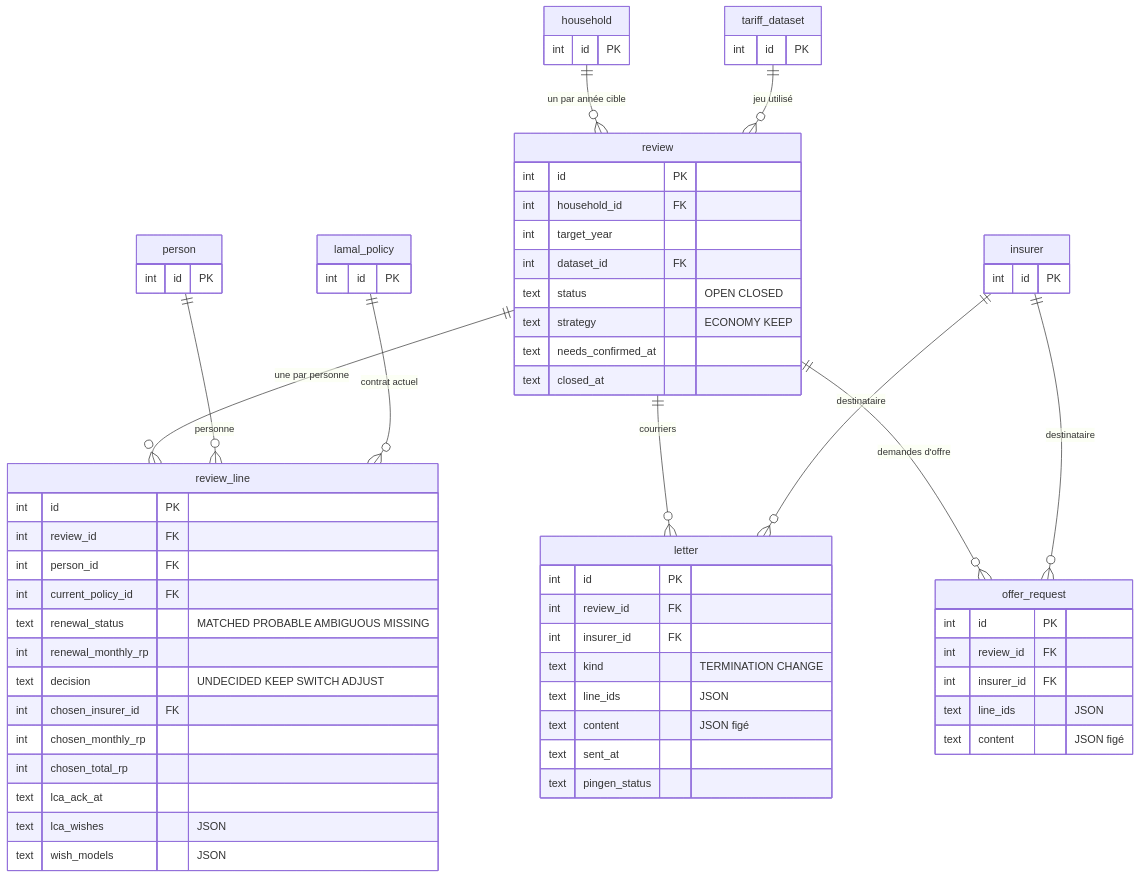
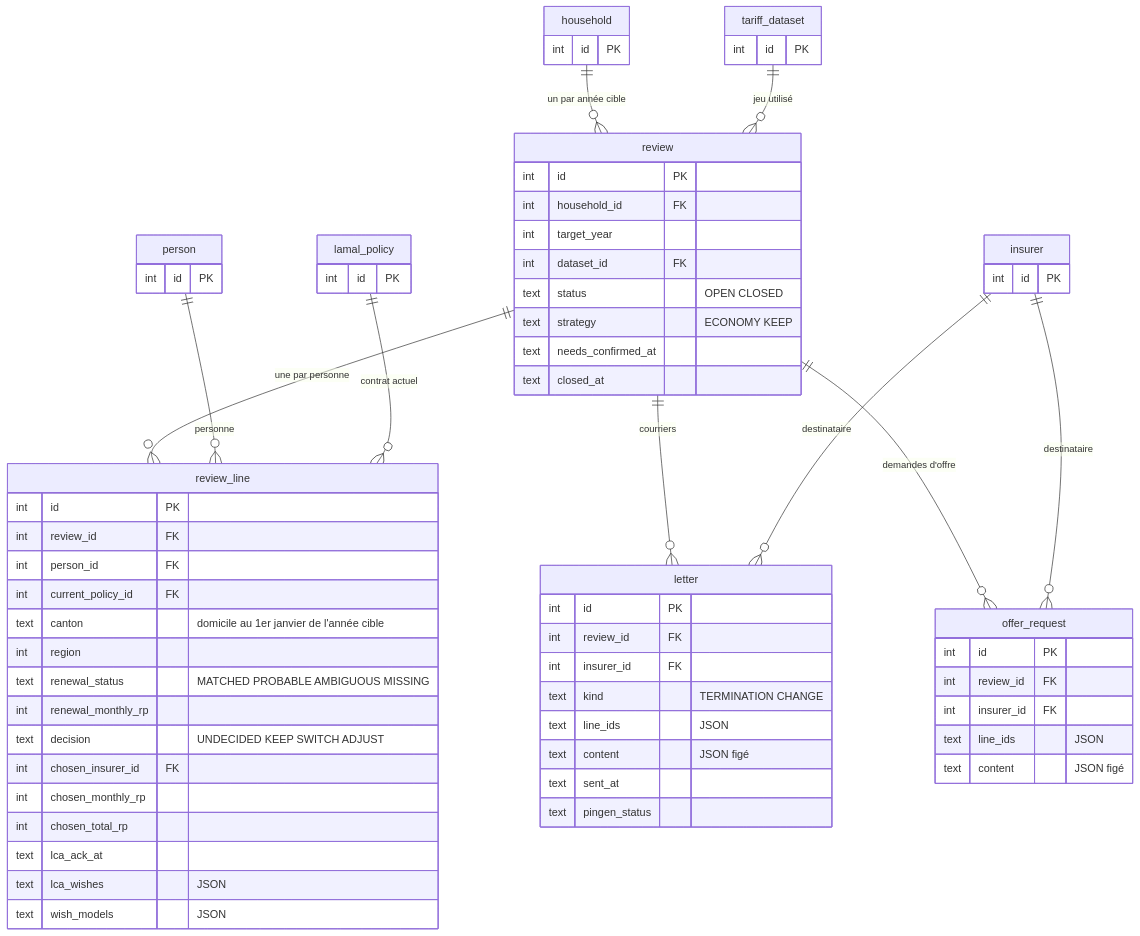
Before and after one commit to nayton-corp/lamal-tracker: the fourth of 4 diagrams in docs/modele-de-donnees.md, drawn with Mermaid. The commit also changed other lines of this file and 36 other files, not shown here.

First line of the commit message:
Domicile par contrat : chaque année garde sa commune, le bilan suit un déménagement

````diff
--- a/docs/modele-de-donnees.md
+++ b/docs/modele-de-donnees.md
@@ -250,70 +252,72 @@
 ```mermaid
 erDiagram
     household ||--o{ review : "un par année cible"
     tariff_dataset ||--o{ review : "jeu utilisé"
     review ||--o{ review_line : "une par personne"
     review ||--o{ letter : "courriers"
     review ||--o{ offer_request : "demandes d'offre"
     person ||--o{ review_line : "personne"
     lamal_policy ||--o{ review_line : "contrat actuel"
     insurer ||--o{ letter : "destinataire"
     insurer ||--o{ offer_request : "destinataire"
 
     review {
         int id PK
         int household_id FK
         int target_year
         int dataset_id FK
         text status "OPEN CLOSED"
         text strategy "ECONOMY KEEP"
         text needs_confirmed_at
         text closed_at
     }
     review_line {
         int id PK
         int review_id FK
         int person_id FK
         int current_policy_id FK
+        text canton "domicile au 1er janvier de l'année cible"
+        int region
         text renewal_status "MATCHED PROBABLE AMBIGUOUS MISSING"
         int renewal_monthly_rp
         text decision "UNDECIDED KEEP SWITCH ADJUST"
         int chosen_insurer_id FK
         int chosen_monthly_rp
         int chosen_total_rp
         text lca_ack_at
         text lca_wishes "JSON"
         text wish_models "JSON"
     }
     letter {
         int id PK
         int review_id FK
         int insurer_id FK
         text kind "TERMINATION CHANGE"
         text line_ids "JSON"
         text content "JSON figé"
         text sent_at
         text pingen_status
     }
     offer_request {
         int id PK
         int review_id FK
         int insurer_id FK
         text line_ids "JSON"
         text content "JSON figé"
     }
     household {
         int id PK
     }
     person {
         int id PK
     }
     lamal_policy {
         int id PK
     }
     tariff_dataset {
         int id PK
     }
     insurer {
         int id PK
     }
 ```
````
